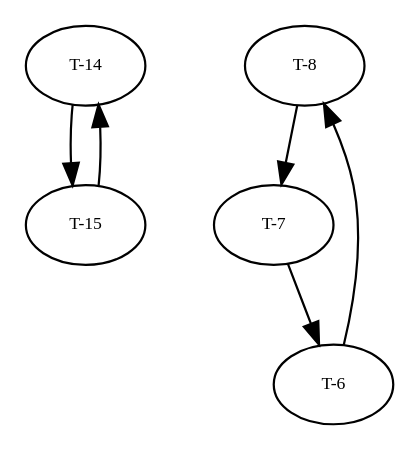
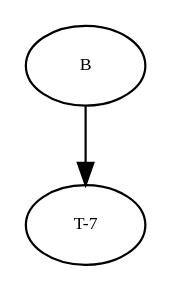
Before and after one commit to amso100/livescript-declarations: the diagram in graphs/dg.dot, drawn with Graphviz. The commit also changed 15 other files, not shown here.

```diff
--- a/graphs/dg.dot
+++ b/graphs/dg.dot
@@ -1,46 +1,15 @@
 digraph RGL__DirectedAdjacencyGraph {
-    "T-14" [
+    B [
         fontsize = 8,
-        label = "T-14"
-    ]
-
-    "T-15" [
-        fontsize = 8,
-        label = "T-15"
-    ]
-
-    "T-8" [
-        fontsize = 8,
-        label = "T-8"
+        label = B
     ]
 
     "T-7" [
         fontsize = 8,
         label = "T-7"
     ]
 
-    "T-6" [
-        fontsize = 8,
-        label = "T-6"
-    ]
-
-    "T-14" -> "T-15" [
-        fontsize = 8
-    ]
-
-    "T-15" -> "T-14" [
-        fontsize = 8
-    ]
-
-    "T-8" -> "T-7" [
-        fontsize = 8
-    ]
-
-    "T-7" -> "T-6" [
-        fontsize = 8
-    ]
-
-    "T-6" -> "T-8" [
+    B -> "T-7" [
         fontsize = 8
     ]
 }
```
